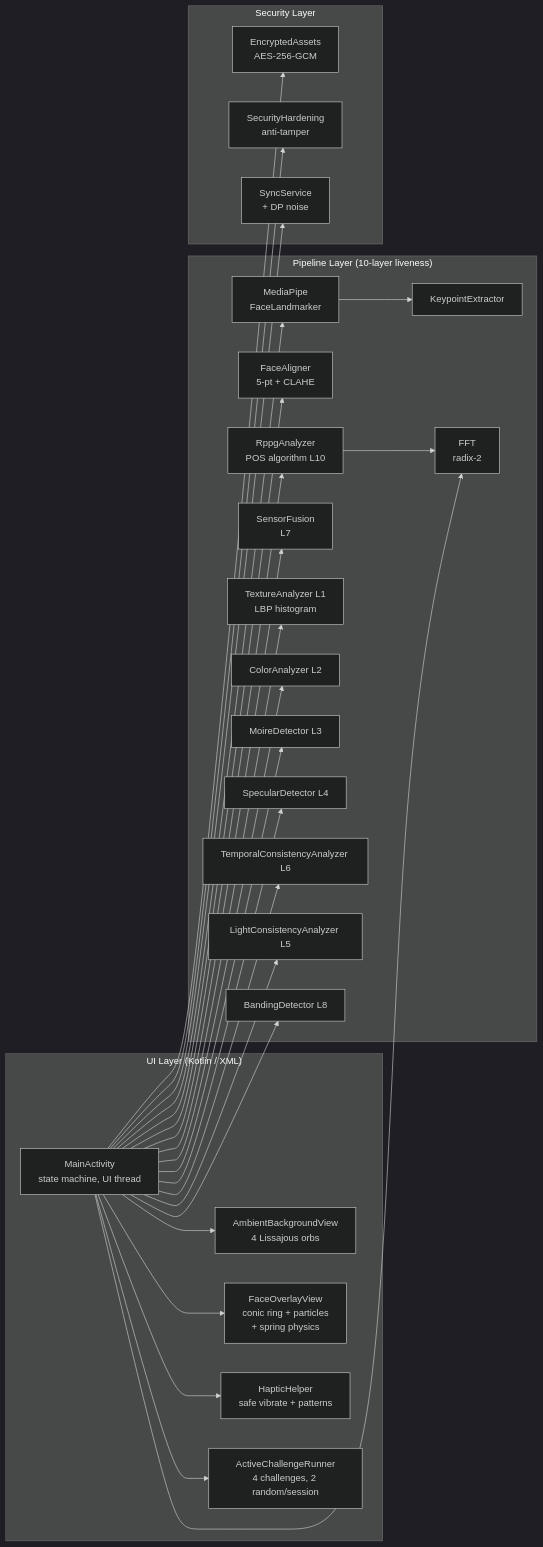
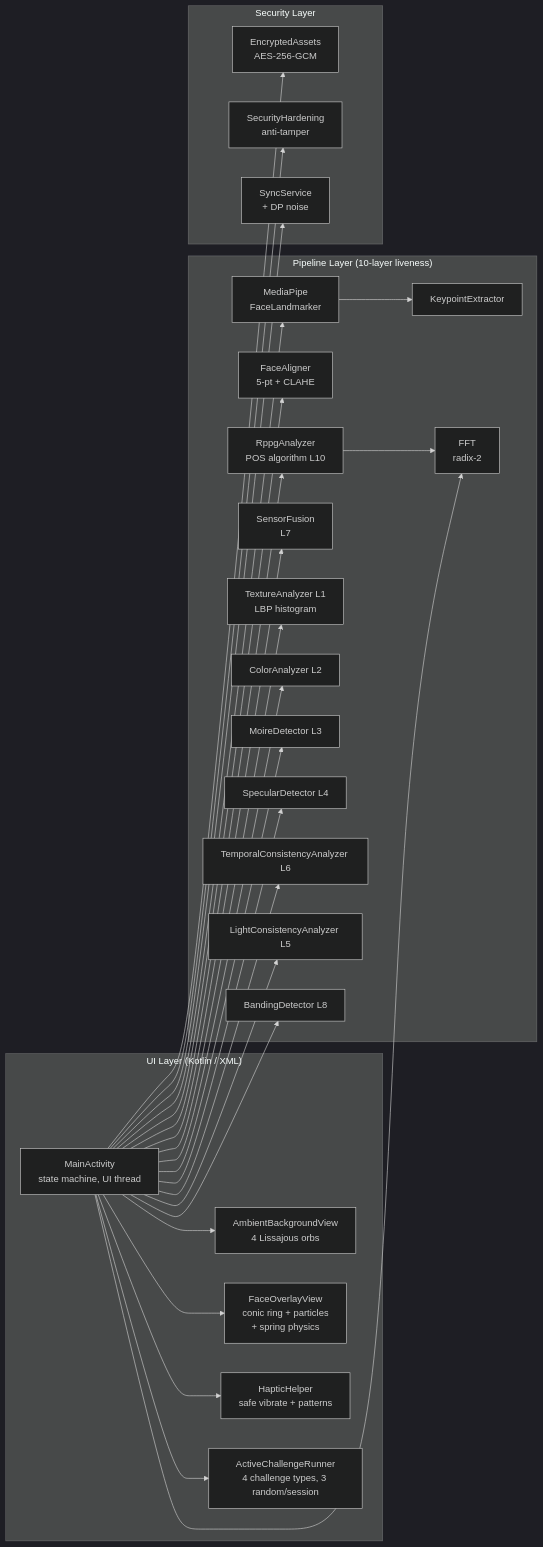
The fourth of 9 diagrams in docs/ARCHITECTURE.md (krsnaSuraj/NetraEdge), drawn with Mermaid (dark theme) before and after one commit. The commit also changed other lines of this file and 8 other files, not shown here.

````diff
--- a/docs/ARCHITECTURE.md
+++ b/docs/ARCHITECTURE.md
@@ -189,51 +193,51 @@
 ```mermaid
 flowchart LR
     subgraph UI["UI Layer (Kotlin / XML)"]
         MA[MainActivity<br/>state machine, UI thread]
         AOV[AmbientBackgroundView<br/>4 Lissajous orbs]
         FOV[FaceOverlayView<br/>conic ring + particles<br/>+ spring physics]
         HH[HapticHelper<br/>safe vibrate + patterns]
-        ACL[ActiveChallengeRunner<br/>4 challenges, 2 random/session]
+        ACL[ActiveChallengeRunner<br/>4 challenge types, 3 random/session]
     end
     subgraph PIPE["Pipeline Layer (10-layer liveness)"]
         MP[MediaPipe<br/>FaceLandmarker]
         ALN[FaceAligner<br/>5-pt + CLAHE]
         KP[KeypointExtractor]
         FFT[FFT<br/>radix-2]
         RPPG[RppgAnalyzer<br/>POS algorithm L10]
         SF[SensorFusion<br/>L7]
         TEX[TextureAnalyzer L1<br/>LBP histogram]
         COL[ColorAnalyzer L2]
         MOI[MoireDetector L3]
         SPE[SpecularDetector L4]
         TMP[TemporalConsistencyAnalyzer L6]
         LGT[LightConsistencyAnalyzer L5]
         BND[BandingDetector L8]
     end
     subgraph SEC["Security Layer"]
         EA[EncryptedAssets<br/>AES-256-GCM]
         SH[SecurityHardening<br/>anti-tamper]
         SY[SyncService<br/>+ DP noise]
     end
     MA --> AOV
     MA --> FOV
     MA --> HH
     MA --> ACL
     MA --> MP
     MA --> ALN
     MA --> FFT
     MA --> RPPG
     MA --> SF
     MA --> TEX
     MA --> COL
     MA --> MOI
     MA --> SPE
     MA --> TMP
     MA --> LGT
     MA --> BND
     MA --> EA
     MA --> SH
     MA --> SY
     MP --> KP
     RPPG --> FFT
 ```
````
